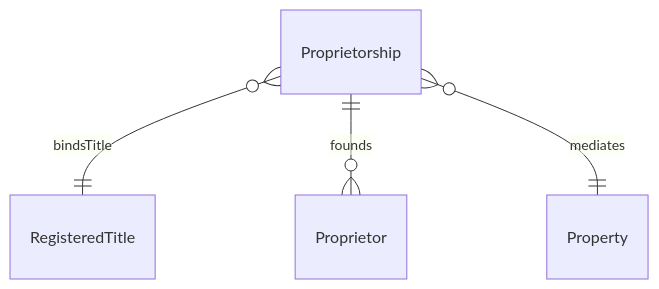
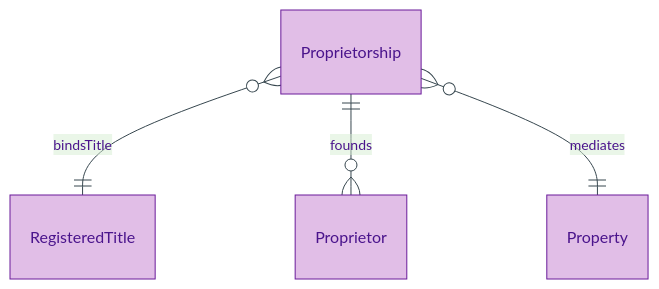
Before and after one commit to sparkling/opda: the diagram in docs/manual/logical/agent/proprietorship.md, drawn with Mermaid. The commit also changed other lines of this file and 179 other files, not shown here.

First line of the commit message:
docs(manual): Logical-tier diagram expansion via /diagramming skill

````diff
--- a/docs/manual/logical/agent/proprietorship.md
+++ b/docs/manual/logical/agent/proprietorship.md
@@ -30,6 +35,10 @@
 ```mermaid
+%%{init: {"theme": "base", "themeVariables": {"primaryColor": "#E1BEE7", "primaryTextColor": "#4A148C", "primaryBorderColor": "#6A1B9A", "lineColor": "#37474F"}}}%%
 erDiagram
+    accTitle: Proprietorship — Entity-Relationship Diagram
+    accDescr: Direct-neighbour view of Proprietorship Relator — binds RegisteredTitle, founds Proprietor Roles, mediates Property.
+
     Proprietorship }o--|| RegisteredTitle : "bindsTitle"
     Proprietorship ||--o{ Proprietor : "founds"
     Proprietorship }o--|| Property : "mediates"
 ```
````
